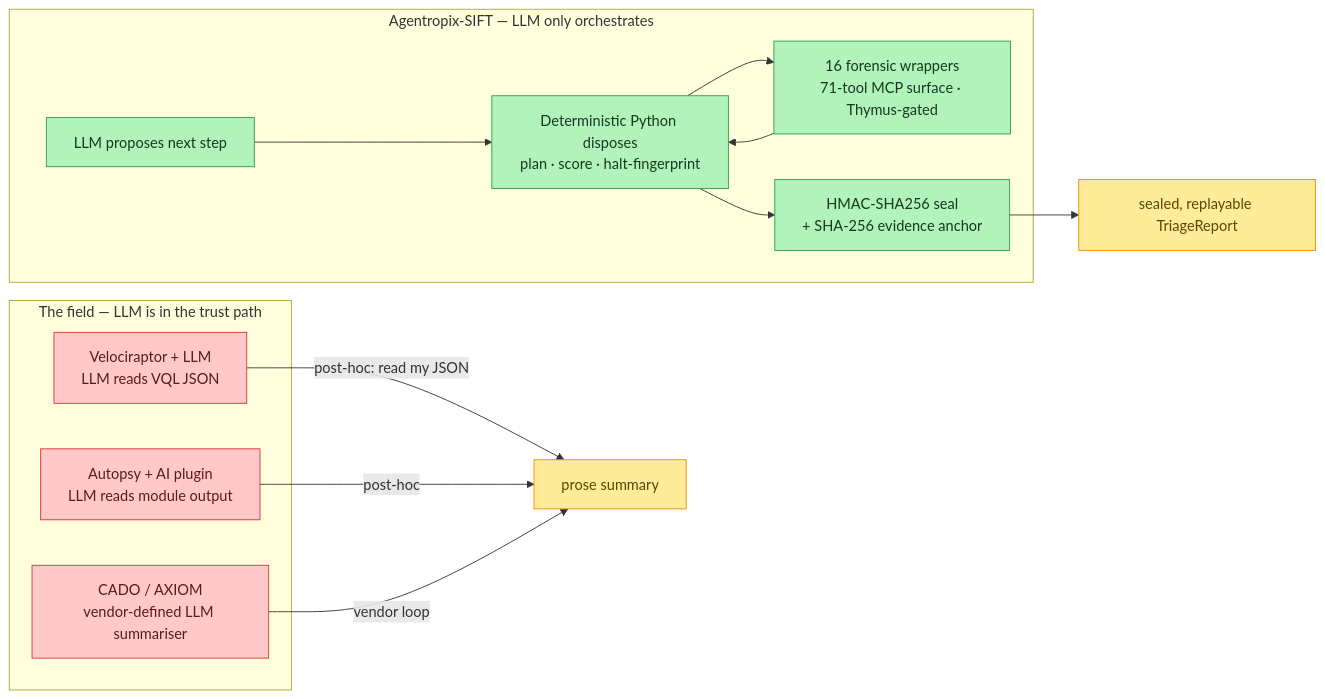
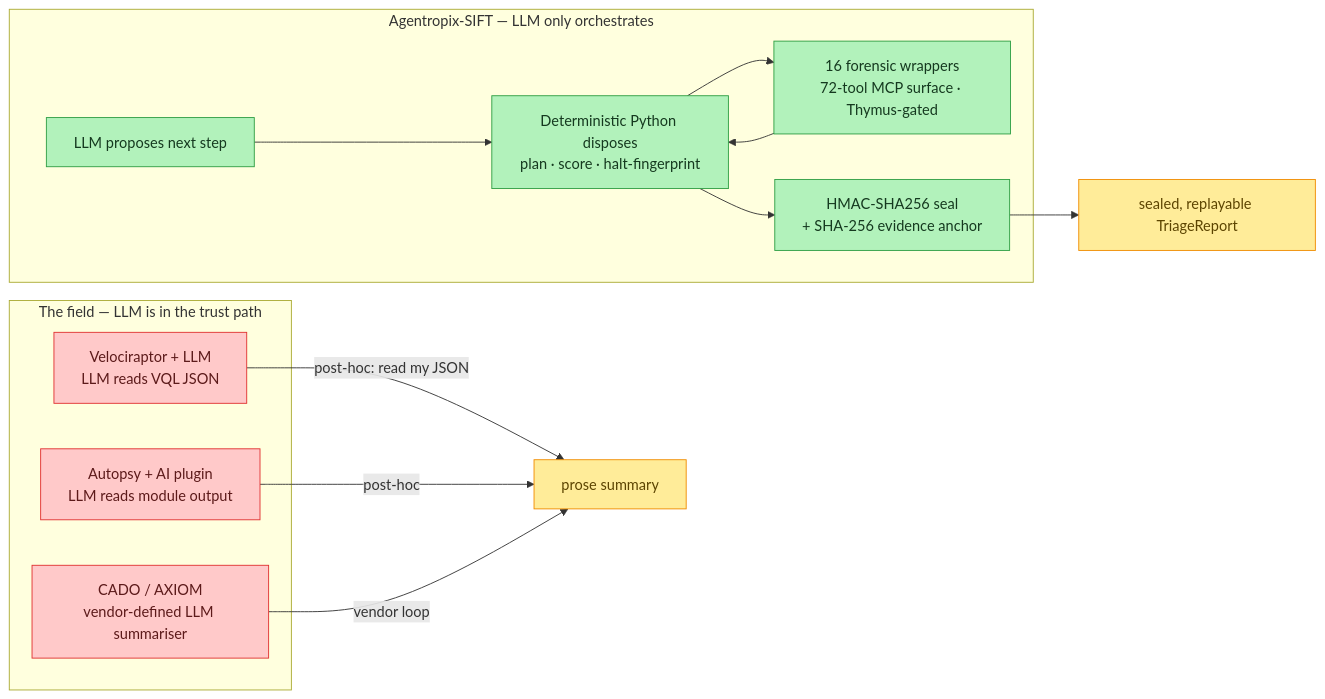
Before and after one commit to galvangabriel-web/agentropix-mcp: the diagram in docs/01-overview/competitive-positioning.md, drawn with Mermaid. The commit also changed other lines of this file and 64 other files, not shown here.

````diff
--- a/docs/01-overview/competitive-positioning.md
+++ b/docs/01-overview/competitive-positioning.md
@@ -172,30 +172,30 @@
 ```mermaid
 flowchart LR
     subgraph FIELD["The field — LLM is in the trust path"]
         V["Velociraptor + LLM<br/>LLM reads VQL JSON"]
         A["Autopsy + AI plugin<br/>LLM reads module output"]
         C["CADO / AXIOM<br/>vendor-defined LLM summariser"]
     end
     subgraph OURS["Agentropix-SIFT — LLM only orchestrates"]
         ORCH["LLM proposes next step"]
         DET["Deterministic Python disposes<br/>plan · score · halt-fingerprint"]
-        TOOLS["16 forensic wrappers<br/>71-tool MCP surface · Thymus-gated"]
+        TOOLS["16 forensic wrappers<br/>72-tool MCP surface · Thymus-gated"]
         SEAL["HMAC-SHA256 seal<br/>+ SHA-256 evidence anchor"]
     end
 
     V -->|"post-hoc: read my JSON"| OUT1["prose summary"]
     A -->|"post-hoc"| OUT1
     C -->|"vendor loop"| OUT1
     ORCH --> DET
     DET --> TOOLS
     TOOLS --> DET
     DET --> SEAL
     SEAL --> OUT2["sealed, replayable TriageReport"]
 
     classDef field fill:#ffc9c9,stroke:#e03131,color:#5c1a1a
     classDef ours fill:#b2f2bb,stroke:#2f9e44,color:#15391f
     classDef sink fill:#ffec99,stroke:#f08c00,color:#5c4400
     class V,A,C field
     class ORCH,DET,TOOLS,SEAL ours
     class OUT1,OUT2 sink
 ```
````
